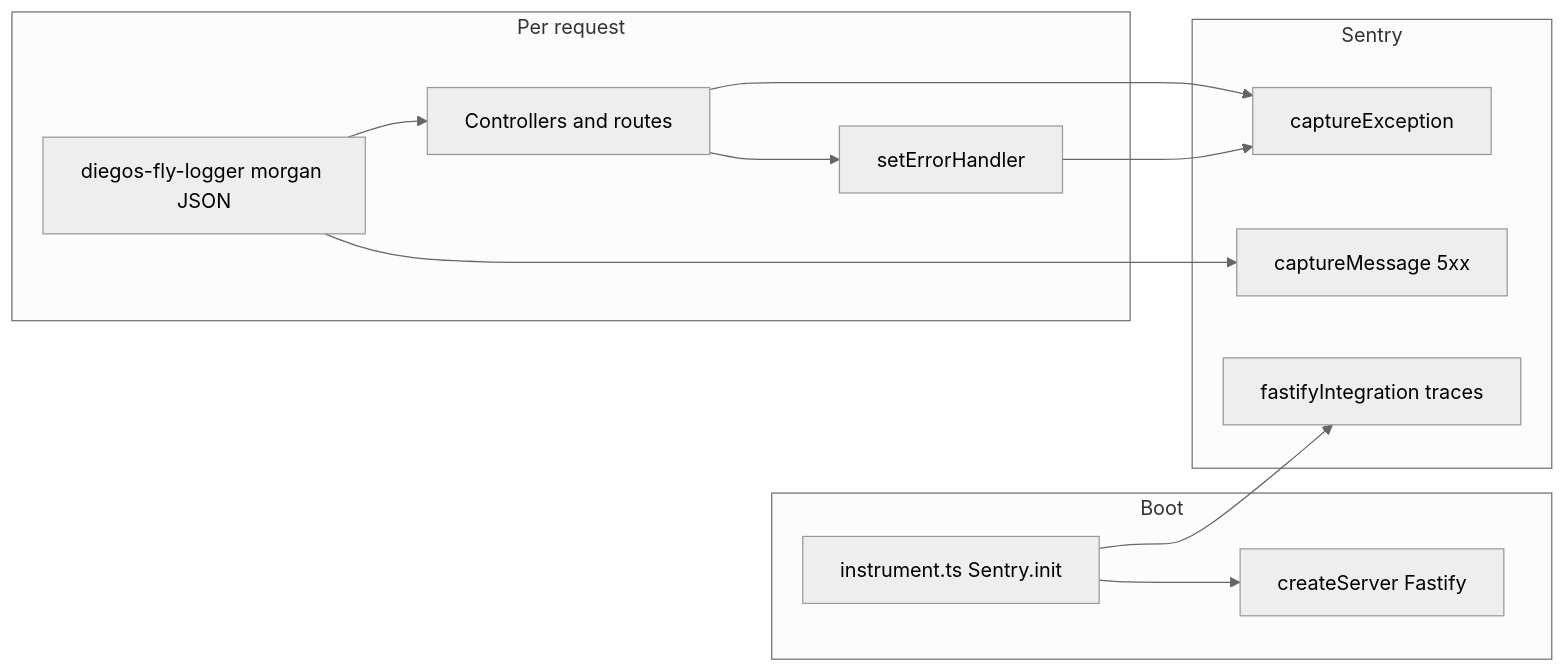
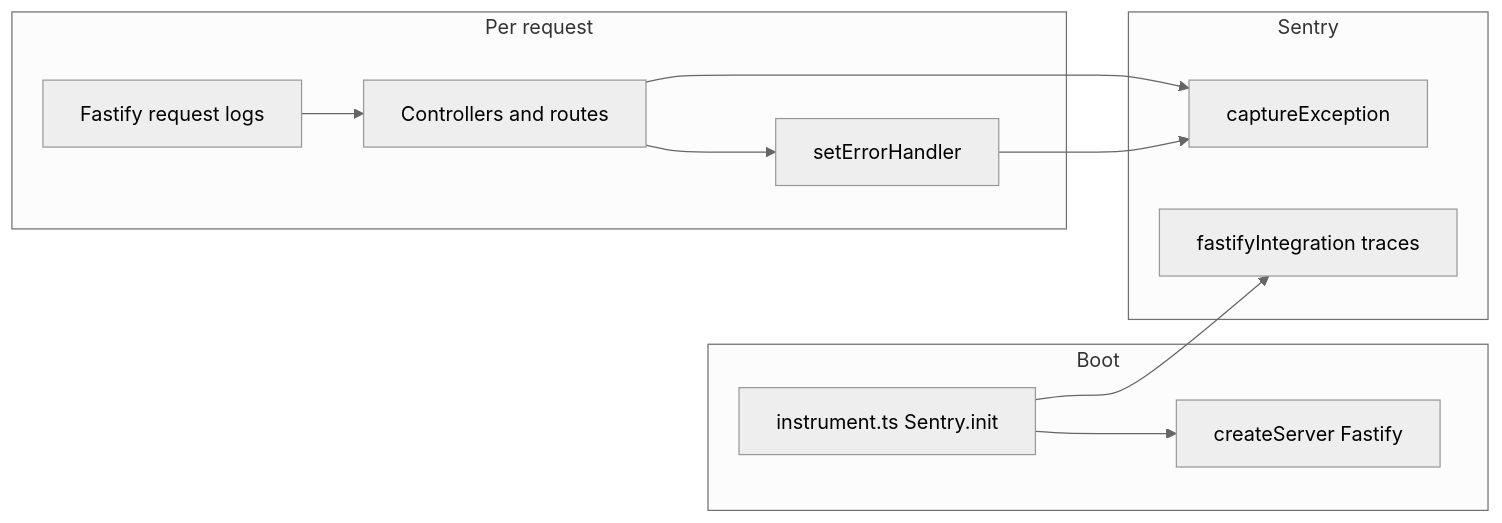
The diagram in docs/sentry-and-logger.md (DiegoFleitas/letterboxd-movie-justwatch), drawn with Mermaid (neutral theme) before and after one commit. The commit also changed other lines of this file and 11 other files, not shown here.

First line of the commit message:
feat: add Sentry release flow with sourcemap upload and update docume… (#67)

````diff
--- a/docs/sentry-and-logger.md
+++ b/docs/sentry-and-logger.md
@@ -57,24 +106,23 @@
 ```mermaid
 flowchart LR
   subgraph boot [Boot]
     instrument[instrument.ts Sentry.init]
     fastify[createServer Fastify]
     instrument --> fastify
   end
   subgraph request [Per request]
-    morgan[diegos-fly-logger morgan JSON]
+    requestLog[Fastify request logs]
     routes[Controllers and routes]
     errHandler[setErrorHandler]
-    morgan --> routes
+    requestLog --> routes
     routes --> errHandler
   end
   subgraph sentry [Sentry]
     capEx[captureException]
-    capMsg[captureMessage 5xx]
     fastifyInt[fastifyIntegration traces]
   end
   instrument --> fastifyInt
   errHandler --> capEx
   routes --> capEx
-  morgan --> capMsg
+  %% no logger-to-Sentry message bridge
 ```
````
